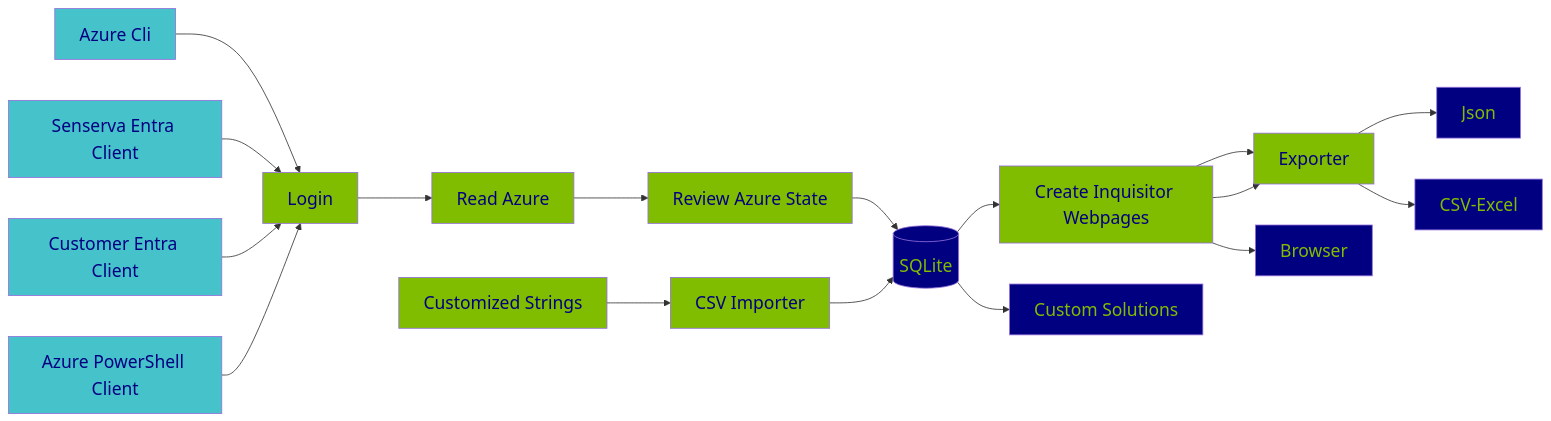
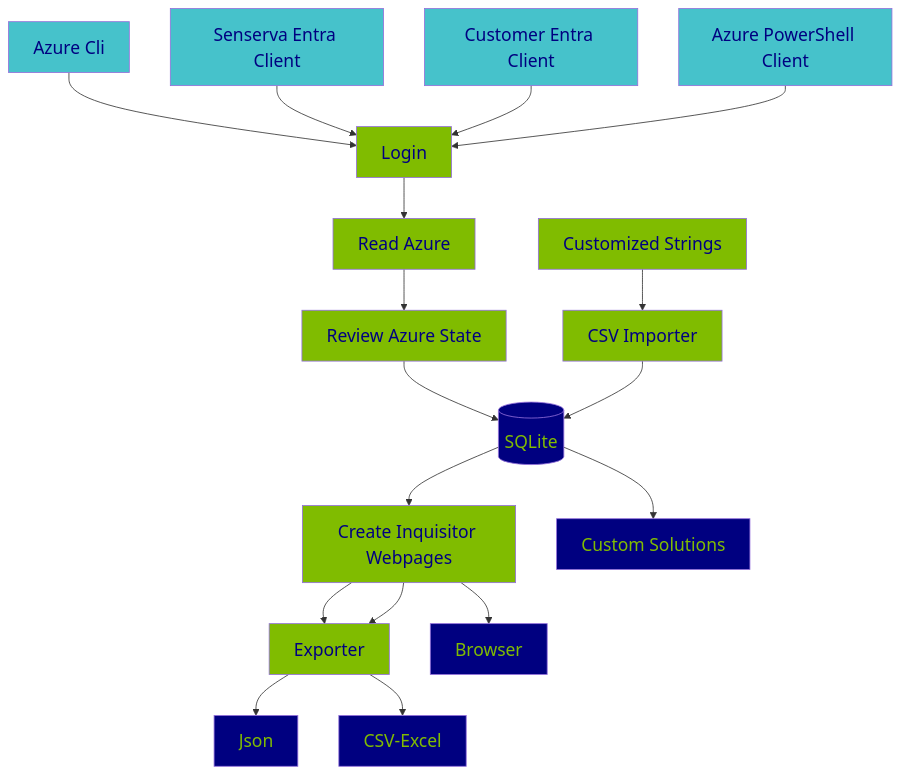
The first of 2 diagrams in README.md (Senserva-LLC/Senserva-Inquisitor), drawn with Mermaid before and after one commit.

````diff
--- a/README.md
+++ b/README.md
@@ -128,33 +128,33 @@
 ```mermaid
 
-graph LR;
+graph TD;
     Login --> read-azure[Read Azure] --> Review-Azure-State[Review Azure State] --> Database[(SQLite)] --> Create-Webpages[Create Inquisitor Webpages];
     Azure-Cli-Client[Azure Cli] -->Login;
     Senserva-EntraID-Client[Senserva Entra Client] -->Login;
     Customer-EntraID-Client[Customer Entra Client] -->Login;
     Powershell-Cli-Client[Azure PowerShell Client] -->Login;
     User-Customized-Strings[Customized Strings] --> CSV-Importer[CSV Importer];
     CSV-Importer --> Database[(SQLite)];
     Create-Webpages --> Exporter --> Json;
     Create-Webpages --> Exporter --> CSV-Excel;
     Create-Webpages --> Browser;
     Database[(SQLite)] --> Custom-Solutions[Custom Solutions];
 style Login fill:#80BC00,color:#000080,font-size:16pt
 style Customer-EntraID-Client fill:#46C2CB,color:#000080,font-size:16pt
 style Azure-Cli-Client fill:#46C2CB,color:#000080,font-size:16pt
 style Senserva-EntraID-Client fill:#46C2CB,color:#000080,font-size:16pt
 style Powershell-Cli-Client fill:#46C2CB,color:#000080,font-size:16pt
 style CSV-Importer fill:#80BC00,color:#000080,font-size:16pt
 style Create-Webpages fill:#80BC00,color:#000080,font-size:16pt
 style Database fill:#000080,color:#80BC00,font-size:16pt
 style Custom-Solutions fill:#000080,color:#80BC00,font-size:16pt
 style Create-Webpages fill:#80BC00,color:#000080,font-size:16pt
 style Review-Azure-State fill:#80BC00,color:#000080,font-size:16pt
 style read-azure fill:#80BC00,color:#000080,font-size:16pt
 style User-Customized-Strings fill:#80BC00,color:#000080,font-size:16pt
 style Json fill:#000080,color:#80BC00,font-size:16pt
 style CSV-Excel fill:#000080,color:#80BC00,font-size:16pt
 style Exporter fill:#80BC00,color:#000080,font-size:16pt
 style Browser fill:#000080,color:#80BC00,font-size:16pt
 
 ```
````
